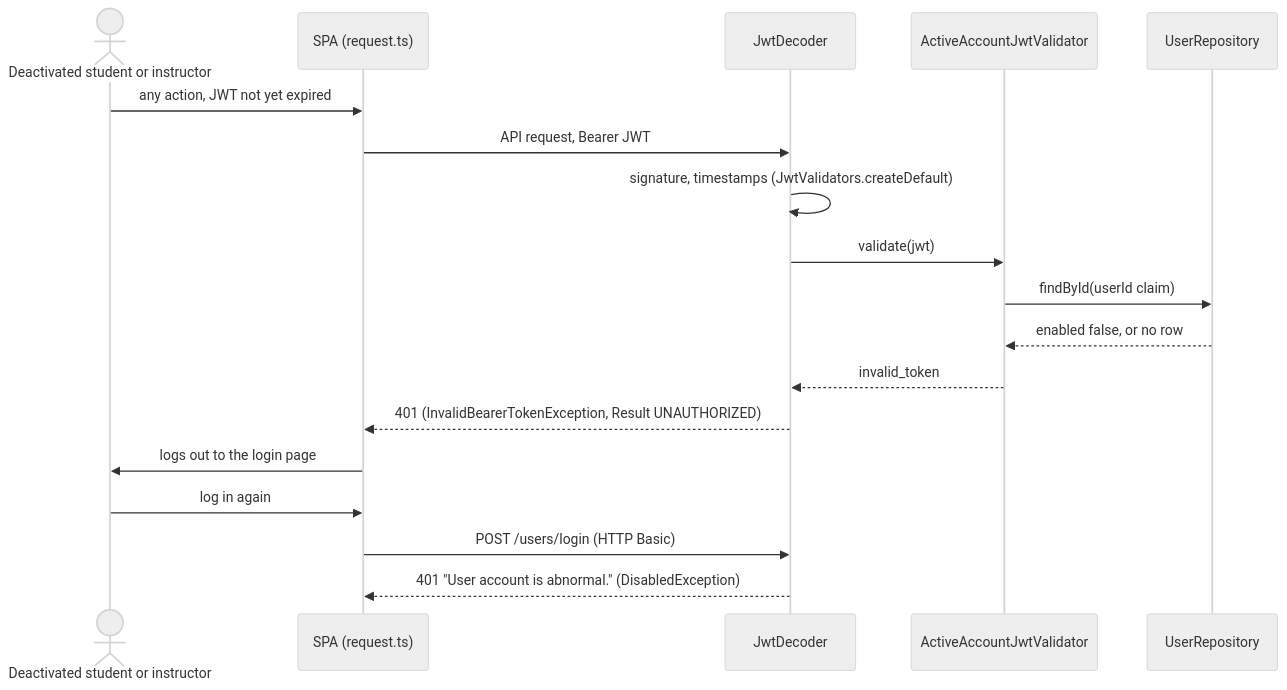
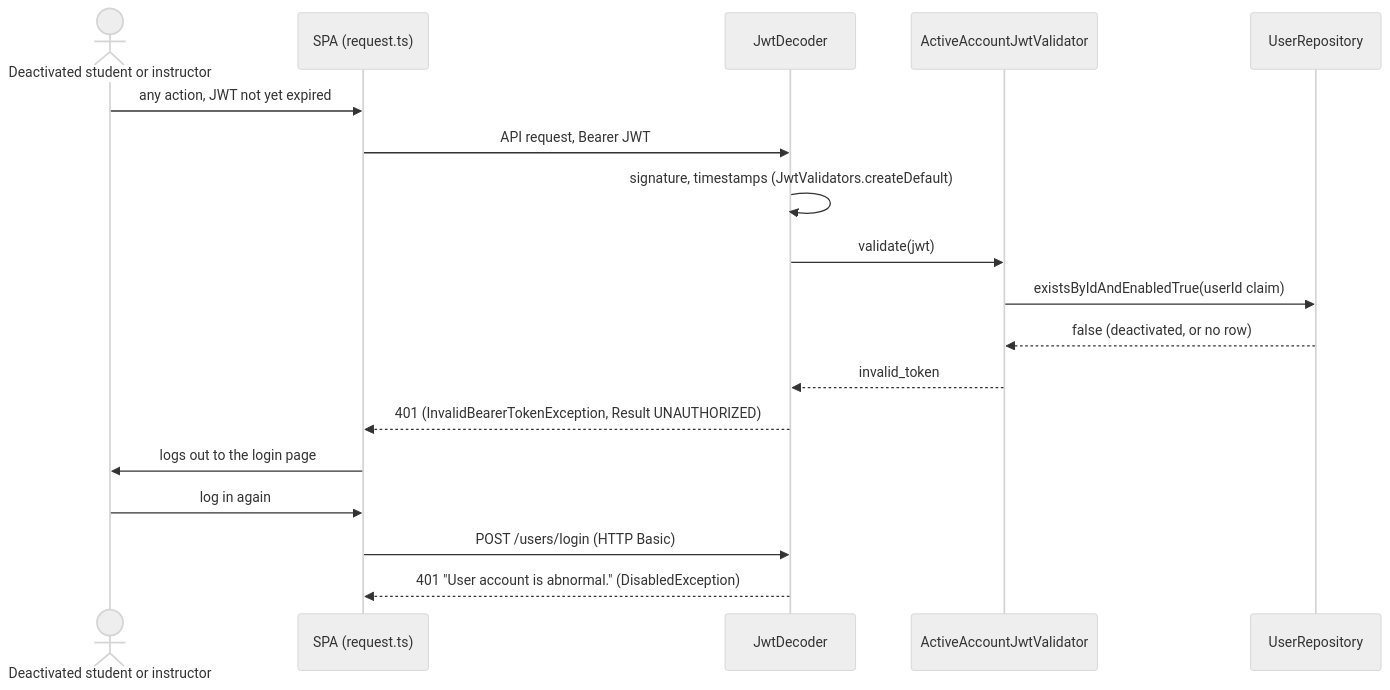
Before and after one commit to AJYORK88/add-a-use-case: the third of 6 diagrams in docs/design/stu.md, drawn with Mermaid (neutral theme). The commit also changed other lines of this file, not shown here.

````diff
--- a/docs/design/stu.md
+++ b/docs/design/stu.md
@@ -178,20 +178,20 @@
 ```mermaid
 sequenceDiagram
     actor U as Deactivated student or instructor
     participant SPA as SPA (request.ts)
     participant D as JwtDecoder
     participant Val as ActiveAccountJwtValidator
     participant R as UserRepository
     U->>SPA: any action, JWT not yet expired
     SPA->>D: API request, Bearer JWT
     D->>D: signature, timestamps (JwtValidators.createDefault)
     D->>Val: validate(jwt)
-    Val->>R: findById(userId claim)
-    R-->>Val: enabled false, or no row
+    Val->>R: existsByIdAndEnabledTrue(userId claim)
+    R-->>Val: false (deactivated, or no row)
     Val-->>D: invalid_token
     D-->>SPA: 401 (InvalidBearerTokenException, Result UNAUTHORIZED)
     SPA->>U: logs out to the login page
     U->>SPA: log in again
     SPA->>D: POST /users/login (HTTP Basic)
     D-->>SPA: 401 "User account is abnormal." (DisabledException)
 ```
````
